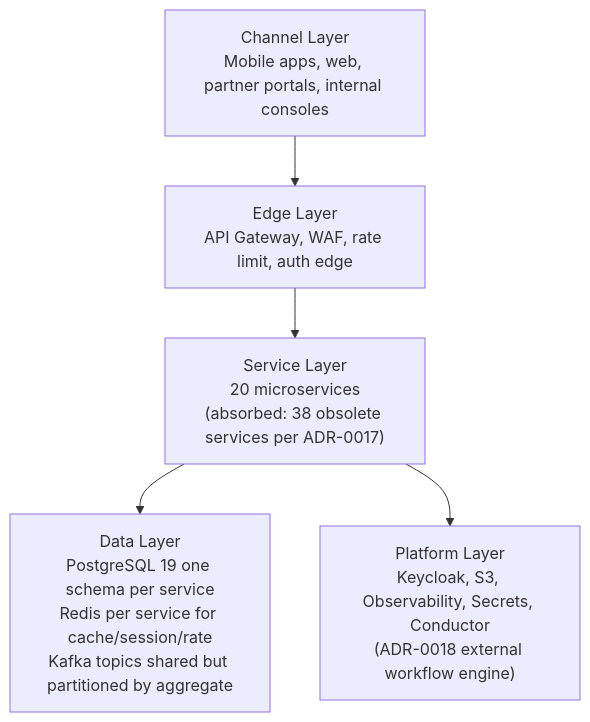
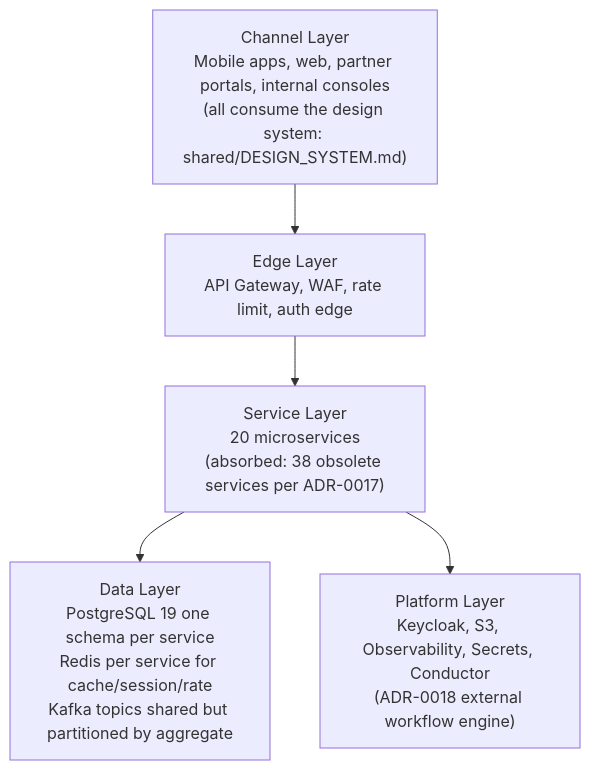
One commit to mohamedhabibwork/trips-enjoy-docs changed the diagram in docs/architecture/ARCHITECTURE.md. Above: the diagram before and after it, drawn with Mermaid. The commit also changed 70 other files, not shown here.

First line of the commit message:
docs: update design system documentation and module references

````diff
--- a/docs/architecture/ARCHITECTURE.md
+++ b/docs/architecture/ARCHITECTURE.md
@@ -19,13 +19,13 @@
 ```mermaid
 graph TB
-    L0["Channel Layer<br/>Mobile apps, web, partner portals, internal consoles"]
+    L0["Channel Layer<br/>Mobile apps, web, partner portals, internal consoles<br/>(all consume the design system: shared/DESIGN_SYSTEM.md)"]
     L1["Edge Layer<br/>API Gateway, WAF, rate limit, auth edge"]
     L2["Service Layer<br/>20 microservices<br/>(absorbed: 38 obsolete services per ADR-0017)"]
     L3["Data Layer<br/>PostgreSQL 19 one schema per service<br/>Redis per service for cache/session/rate<br/>Kafka topics shared but partitioned by aggregate"]
     L4["Platform Layer<br/>Keycloak, S3, Observability, Secrets, Conductor<br/>(ADR-0018 external workflow engine)"]
 
     L0 --> L1
     L1 --> L2
     L2 --> L3
     L2 --> L4
 ```
````
